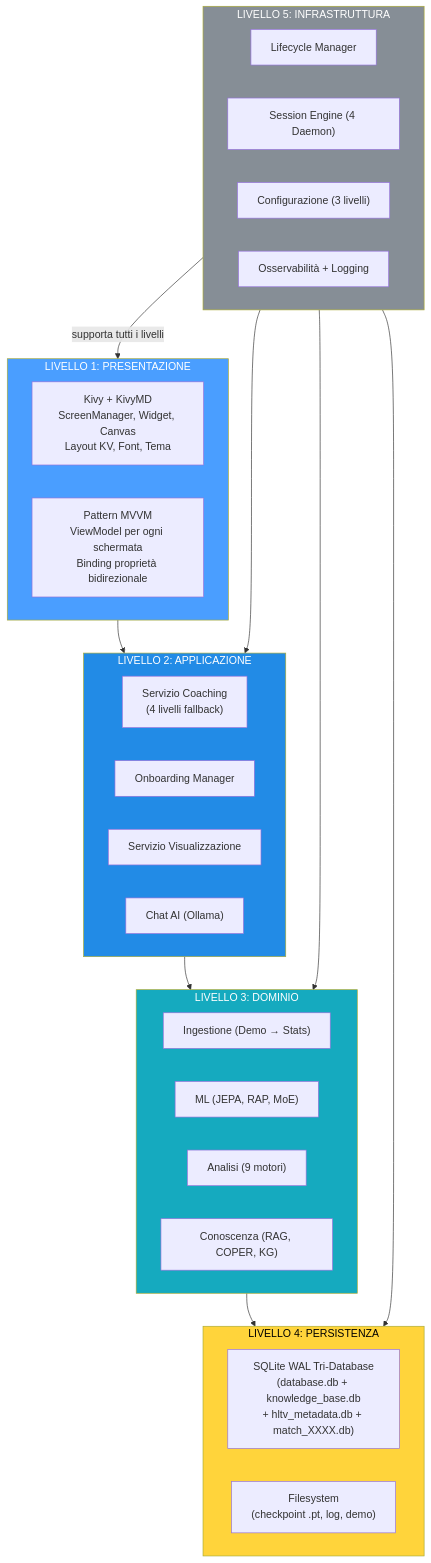
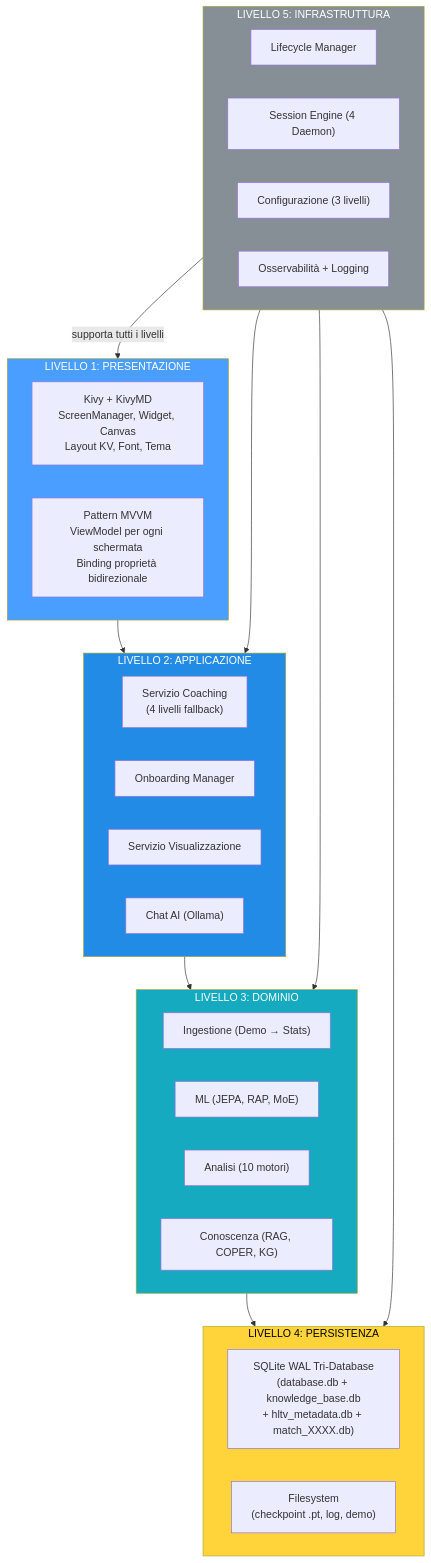
Diagram 52 of 55 in docs/AI-cs2-coach-part3.md (renanaugustomacena-ux/Counter-Strike-coach-AI), drawn with Mermaid before and after one commit. The commit also changed other lines of this file and 6 other files, not shown here.

First line of the commit message:
Update docs: fix metrics, replace broken SVG with mermaid ER, generate PDFs

````diff
--- a/docs/AI-cs2-coach-part3.md
+++ b/docs/AI-cs2-coach-part3.md
@@ -2592,43 +2744,43 @@
 ```mermaid
 flowchart TB
     subgraph L1["LIVELLO 1: PRESENTAZIONE"]
         KIVY["Kivy + KivyMD<br/>ScreenManager, Widget, Canvas<br/>Layout KV, Font, Tema"]
         MVVM["Pattern MVVM<br/>ViewModel per ogni schermata<br/>Binding proprietà bidirezionale"]
     end
     subgraph L2["LIVELLO 2: APPLICAZIONE"]
         COACHING["Servizio Coaching<br/>(4 livelli fallback)"]
         ONBOARD["Onboarding Manager"]
         VIS["Servizio Visualizzazione"]
         CHAT["Chat AI (Ollama)"]
     end
     subgraph L3["LIVELLO 3: DOMINIO"]
         INGEST["Ingestione (Demo → Stats)"]
         ML["ML (JEPA, RAP, MoE)"]
-        ANALYSIS["Analisi (9 motori)"]
+        ANALYSIS["Analisi (10 motori)"]
         KNOWLEDGE["Conoscenza (RAG, COPER, KG)"]
     end
     subgraph L4["LIVELLO 4: PERSISTENZA"]
         SQLITE["SQLite WAL Tri-Database<br/>(database.db + knowledge_base.db<br/>+ hltv_metadata.db + match_XXXX.db)"]
         FILES["Filesystem<br/>(checkpoint .pt, log, demo)"]
     end
     subgraph L5["LIVELLO 5: INFRASTRUTTURA"]
         LIFECYCLE["Lifecycle Manager"]
         SESSION["Session Engine (4 Daemon)"]
         CONFIG["Configurazione (3 livelli)"]
         LOGGING["Osservabilità + Logging"]
     end
 
     L1 --> L2
     L2 --> L3
     L3 --> L4
     L5 -->|"supporta tutti i livelli"| L1
     L5 --> L2
     L5 --> L3
     L5 --> L4
 
     style L1 fill:#4a9eff,color:#fff
     style L2 fill:#228be6,color:#fff
     style L3 fill:#15aabf,color:#fff
     style L4 fill:#ffd43b,color:#000
     style L5 fill:#868e96,color:#fff
 ```
````
